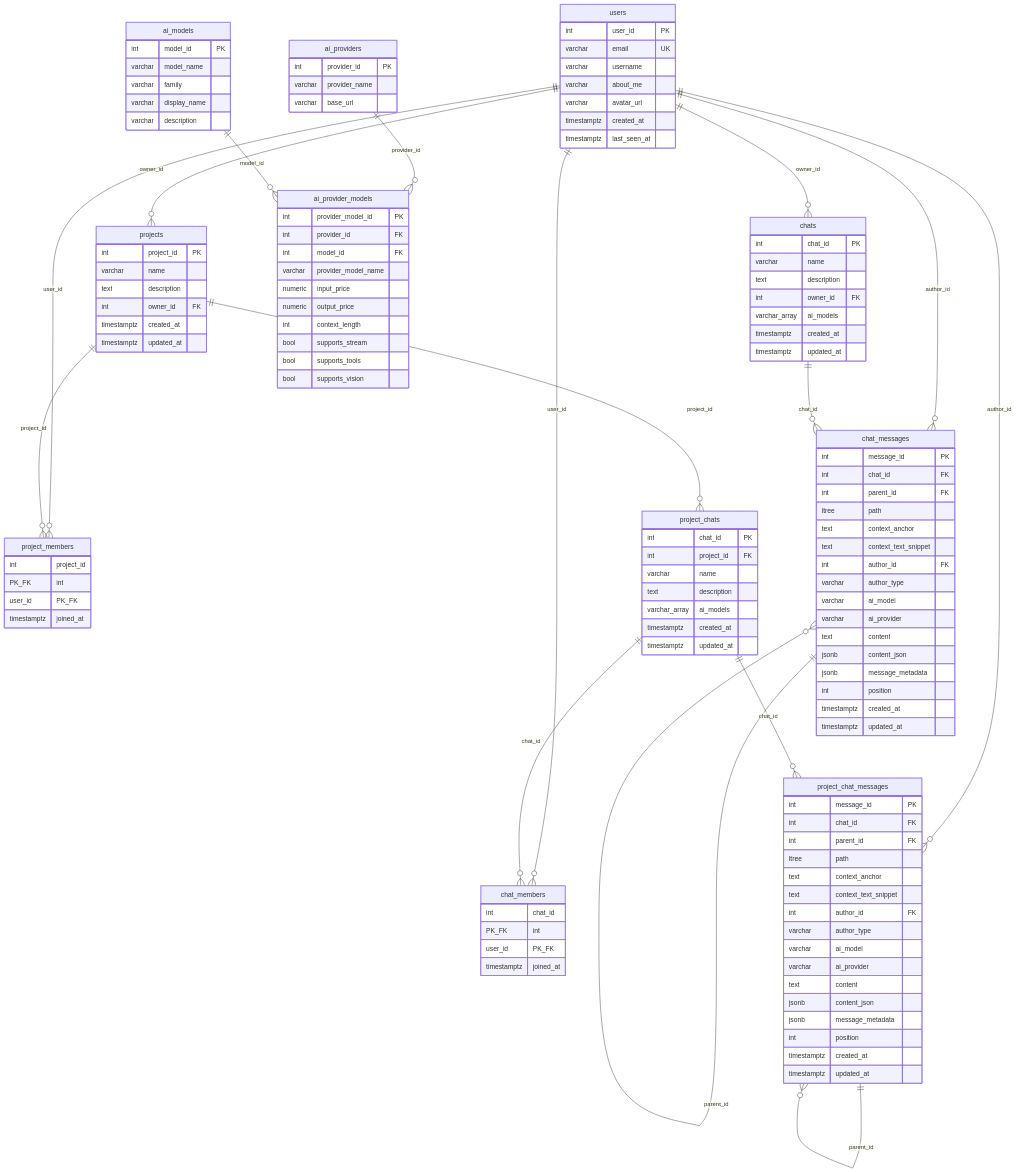
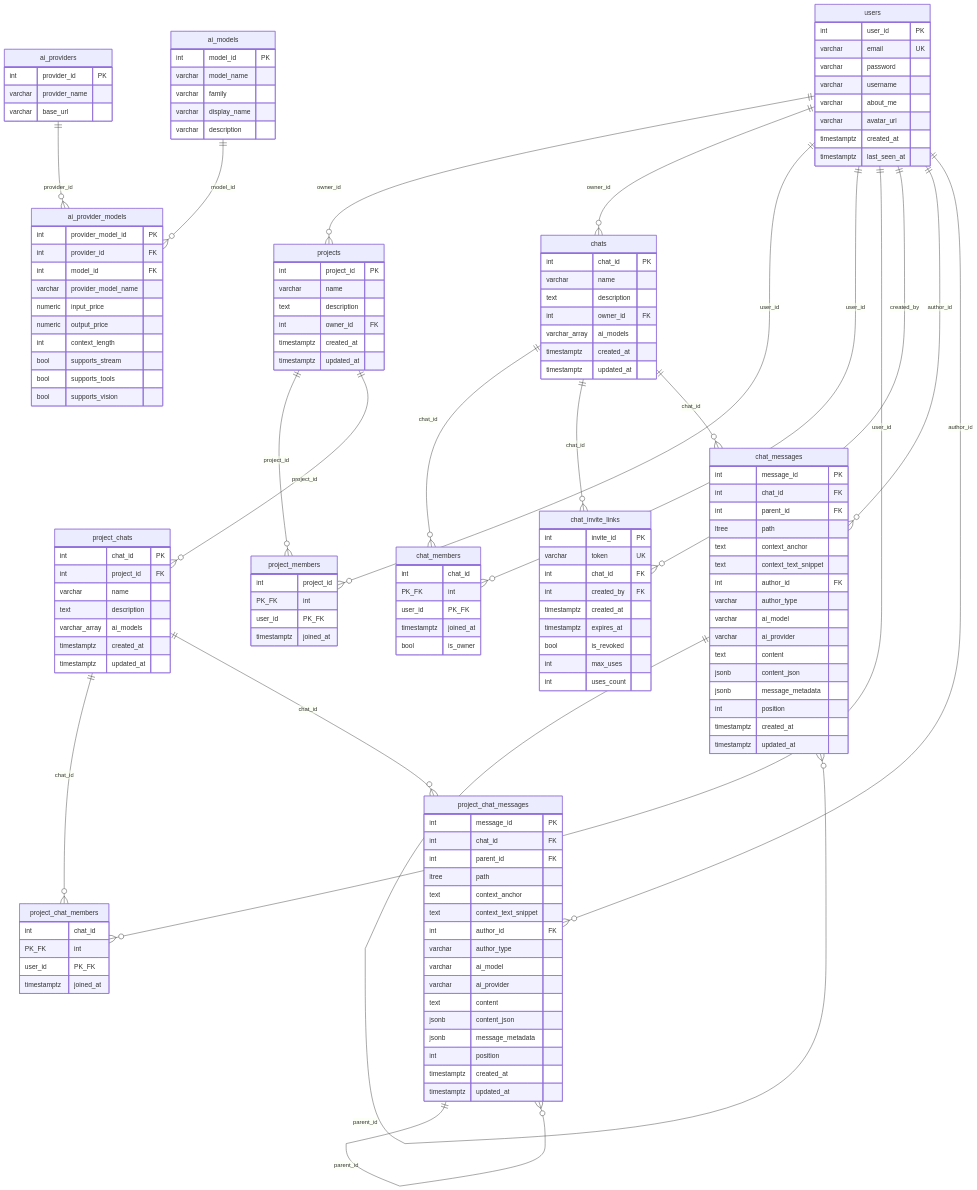
The first of 4 diagrams in docs/ORM_MODELS.md (KEgubov/ai-aggregator), drawn with Mermaid before and after one commit. The commit also changed other lines of this file and 12 other files, not shown here.

```diff
--- a/docs/ORM_MODELS.md
+++ b/docs/ORM_MODELS.md
@@ -55,16 +58,20 @@
     users ||--o{ chats : "owner_id"
     users ||--o{ project_members : "user_id"
     users ||--o{ chat_members : "user_id"
+    users ||--o{ project_chat_members : "user_id"
+    users ||--o{ chat_invite_links : "created_by"
     users ||--o{ chat_messages : "author_id"
     users ||--o{ project_chat_messages : "author_id"
 
     projects ||--o{ project_members : "project_id"
     projects ||--o{ project_chats : "project_id"
 
+    chats ||--o{ chat_members : "chat_id"
+    chats ||--o{ chat_invite_links : "chat_id"
     chats ||--o{ chat_messages : "chat_id"
     chat_messages ||--o{ chat_messages : "parent_id"
 
-    project_chats ||--o{ chat_members : "chat_id"
+    project_chats ||--o{ project_chat_members : "chat_id"
     project_chats ||--o{ project_chat_messages : "chat_id"
     project_chat_messages ||--o{ project_chat_messages : "parent_id"
 
@@ -74,6 +81,7 @@
     users {
         int user_id PK
         varchar email UK
+        varchar password
         varchar username
         varchar about_me
         varchar avatar_url
@@ -120,6 +128,25 @@
         int chat_id PK_FK
         int user_id PK_FK
         timestamptz joined_at
+        bool is_owner
+    }
+
+    project_chat_members {
+        int chat_id PK_FK
+        int user_id PK_FK
+        timestamptz joined_at
+    }
+
+    chat_invite_links {
+        int invite_id PK
+        varchar token UK
+        int chat_id FK
+        int created_by FK
+        timestamptz created_at
+        timestamptz expires_at
+        bool is_revoked
+        int max_uses
+        int uses_count
     }
 
     chat_messages {
```
